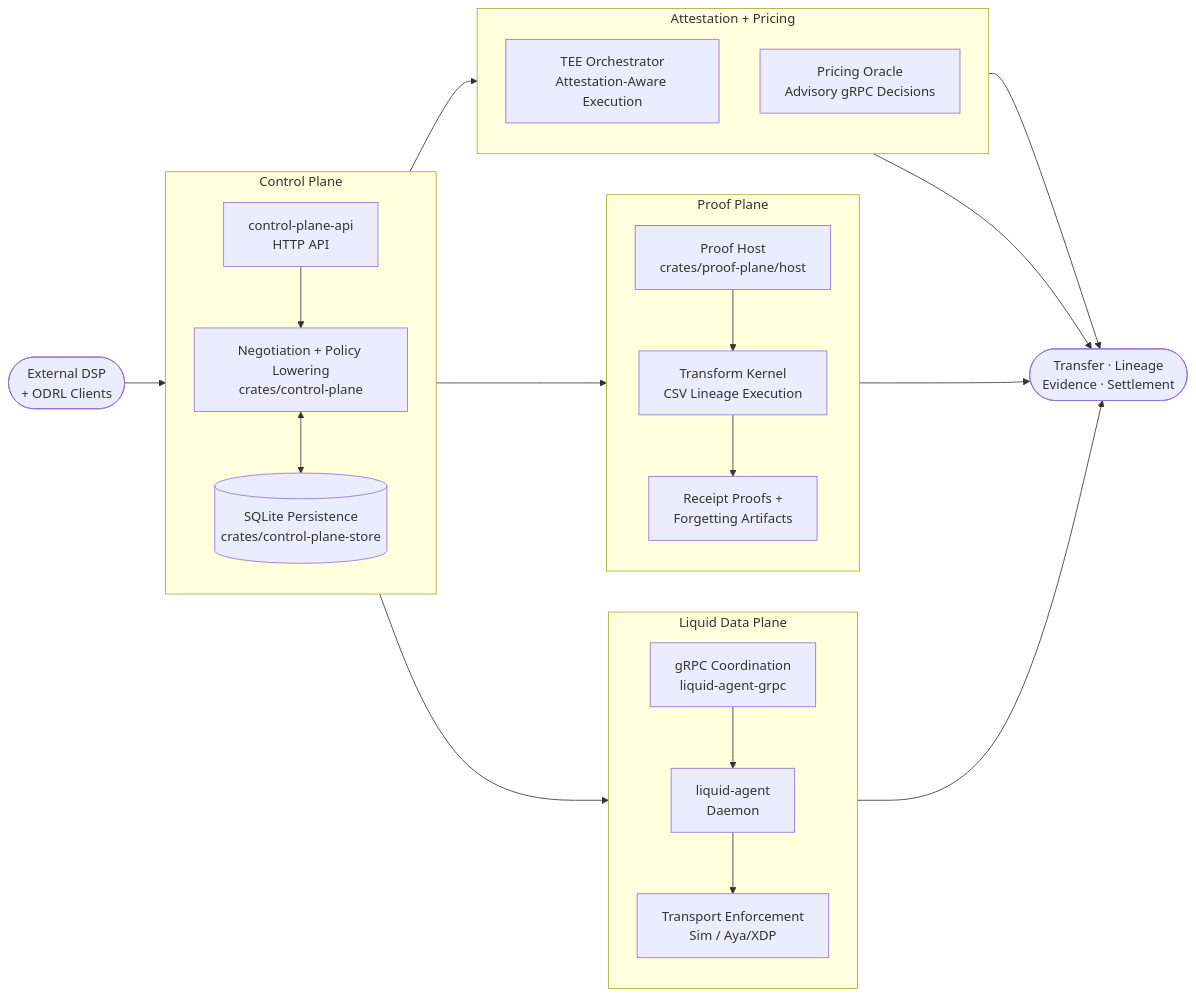
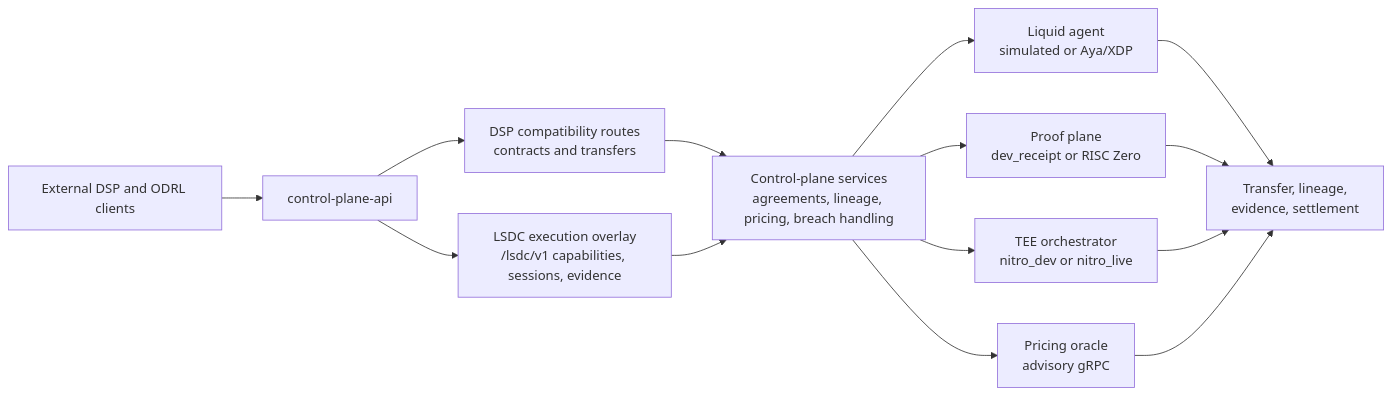
Before and after one commit to hadijannat/Liquid-State-Dataspace-Connector: the diagram in README.md, drawn with Mermaid. The commit also changed other lines of this file, not shown here.

````diff
--- a/README.md
+++ b/README.md
@@ -11,43 +16,27 @@
 ```mermaid
 flowchart LR
-    Client(["External DSP<br/>+ ODRL Clients"])
-
-    subgraph CP["Control Plane"]
-        direction TB
-        API["control-plane-api<br/>HTTP API"]
-        Orch["Negotiation + Policy Lowering<br/>crates/control-plane"]
-        Store[("SQLite Persistence<br/>crates/control-plane-store")]
-        API --> Orch
-        Orch <--> Store
-    end
-
-    subgraph DP["Liquid Data Plane"]
-        direction TB
-        AgentGrpc["gRPC Coordination<br/>liquid-agent-grpc"]
-        Agent["liquid-agent<br/>Daemon"]
-        Enforce["Transport Enforcement<br/>Sim / Aya/XDP"]
-        AgentGrpc --> Agent --> Enforce
-    end
-
-    subgraph PP["Proof Plane"]
-        direction TB
-        ProofHost["Proof Host<br/>crates/proof-plane/host"]
-        Kernel["Transform Kernel<br/>CSV Lineage Execution"]
-        Evidence["Receipt Proofs +<br/>Forgetting Artifacts"]
-        ProofHost --> Kernel --> Evidence
-    end
-
-    subgraph AT["Attestation + Pricing"]
-        direction TB
-        TEE["TEE Orchestrator<br/>Attestation-Aware Execution"]
-        Pricing["Pricing Oracle<br/>Advisory gRPC Decisions"]
-    end
-
-    Surfaces(["Transfer · Lineage<br/>Evidence · Settlement"])
+    Client["External DSP and ODRL clients"]
+    API["control-plane-api"]
+    DSP["DSP compatibility routes<br/>contracts and transfers"]
+    Overlay["LSDC execution overlay<br/>/lsdc/v1 capabilities, sessions, evidence"]
+    Services["Control-plane services<br/>agreements, lineage, pricing, breach handling"]
+    Transport["Liquid agent<br/>simulated or Aya/XDP"]
+    Proof["Proof plane<br/>dev_receipt or RISC Zero"]
+    TEE["TEE orchestrator<br/>nitro_dev or nitro_live"]
+    Pricing["Pricing oracle<br/>advisory gRPC"]
+    Outputs["Transfer, lineage,<br/>evidence, settlement"]
 
     Client --> API
-    Orch --> AgentGrpc
-    Orch --> ProofHost
-    Orch --> TEE
-    Enforce & Evidence & TEE & Pricing --> Surfaces
+    API --> DSP
+    API --> Overlay
+    DSP --> Services
+    Overlay --> Services
+    Services --> Transport
+    Services --> Proof
+    Services --> TEE
+    Services --> Pricing
+    Transport --> Outputs
+    Proof --> Outputs
+    TEE --> Outputs
+    Pricing --> Outputs
 ```
````
